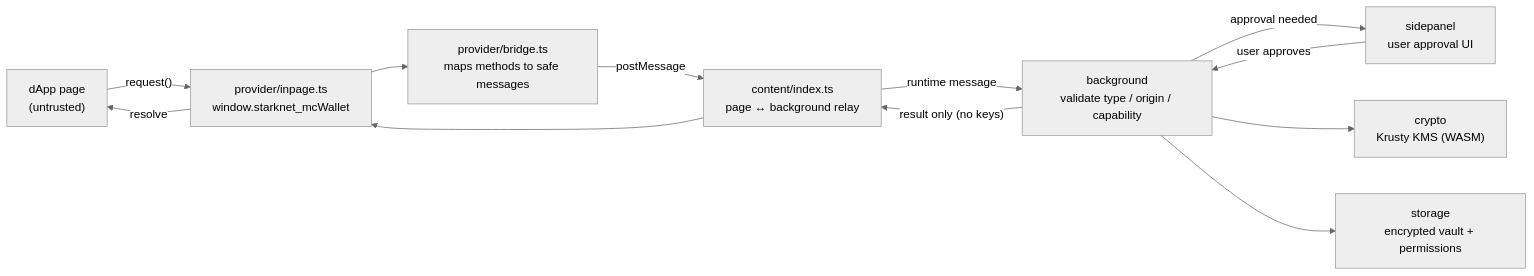
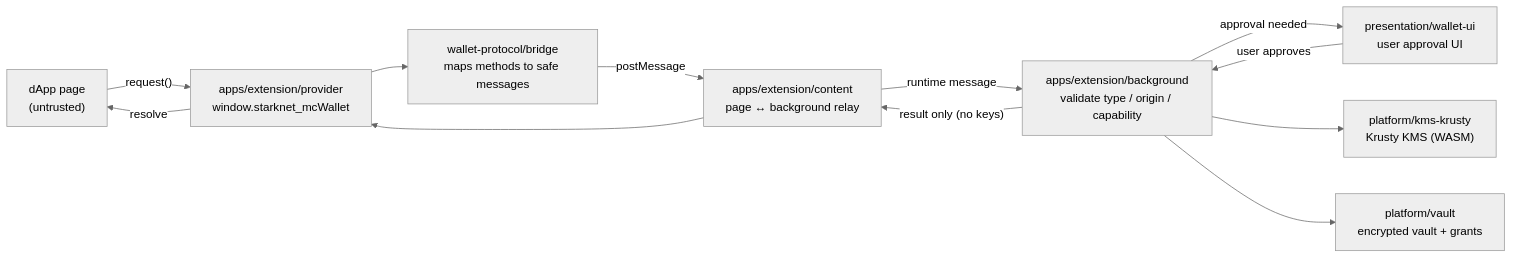
One commit to starknet-innovation/bramble changed the second of 2 diagrams in docs/ENGINEERING.md. Above: the diagram before and after it, drawn with Mermaid (neutral theme). The commit also changed other lines of this file and 1365 other files, not shown here.

First line of the commit message:
refactor: establish modular wallet architecture

````diff
--- a/docs/ENGINEERING.md
+++ b/docs/ENGINEERING.md
@@ -104,23 +84,23 @@
 ```mermaid
 flowchart LR
     dapp["dApp page<br/>(untrusted)"]
-    inpage["provider/inpage.ts<br/>window.starknet_mcWallet"]
-    bridge["provider/bridge.ts<br/>maps methods to safe messages"]
-    content["content/index.ts<br/>page ↔ background relay"]
-    background["background<br/>validate type / origin / capability"]
-    crypto["crypto<br/>Krusty KMS (WASM)"]
-    storage["storage<br/>encrypted vault + permissions"]
-    sidepanel["sidepanel<br/>user approval UI"]
+    inpage["apps/extension/provider<br/>window.starknet_mcWallet"]
+    bridge["wallet-protocol/bridge<br/>maps methods to safe messages"]
+    content["apps/extension/content<br/>page ↔ background relay"]
+    background["apps/extension/background<br/>validate type / origin / capability"]
+    crypto["platform/kms-krusty<br/>Krusty KMS (WASM)"]
+    storage["platform/vault<br/>encrypted vault + grants"]
+    sidepanel["presentation/wallet-ui<br/>user approval UI"]
 
     dapp -->|"request()"| inpage
     inpage --> bridge
     bridge -->|postMessage| content
     content -->|runtime message| background
     background -->|"approval needed"| sidepanel
     sidepanel -->|"user approves"| background
     background --> crypto
     background --> storage
     background -->|"result only (no keys)"| content
     content --> inpage
     inpage -->|"resolve"| dapp
 ```
````
